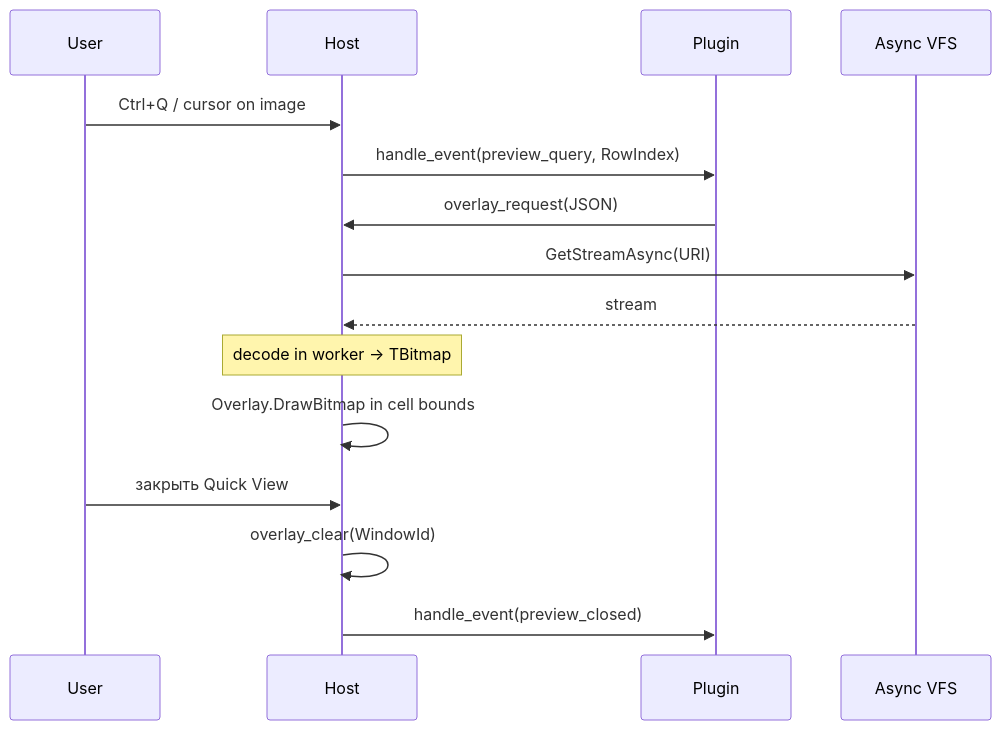
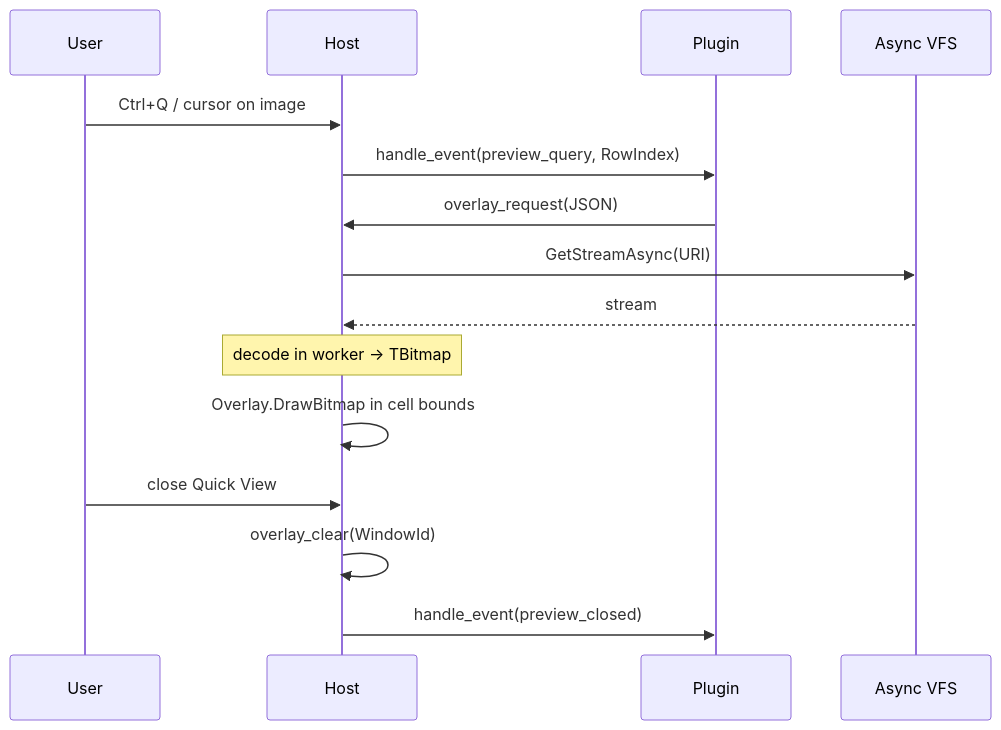
Before and after one commit to Laex/MTN2: the diagram in docs/OVERLAY_PLUGIN.md, drawn with Mermaid. The commit also changed other lines of this file and 120 other files, not shown here.

````diff
--- a/docs/OVERLAY_PLUGIN.md
+++ b/docs/OVERLAY_PLUGIN.md
@@ -34,18 +36,18 @@
 ```mermaid
 sequenceDiagram
     participant User
     participant Host
     participant Plug as Plugin
     participant VFS as Async VFS
 
     User->>Host: Ctrl+Q / cursor on image
     Host->>Plug: handle_event(preview_query, RowIndex)
     Plug->>Host: overlay_request(JSON)
     Host->>VFS: GetStreamAsync(URI)
     VFS-->>Host: stream
     Note over Host: decode in worker → TBitmap
     Host->>Host: Overlay.DrawBitmap in cell bounds
-    User->>Host: закрыть Quick View
+    User->>Host: close Quick View
     Host->>Host: overlay_clear(WindowId)
     Host->>Plug: handle_event(preview_closed)
 ```
````
